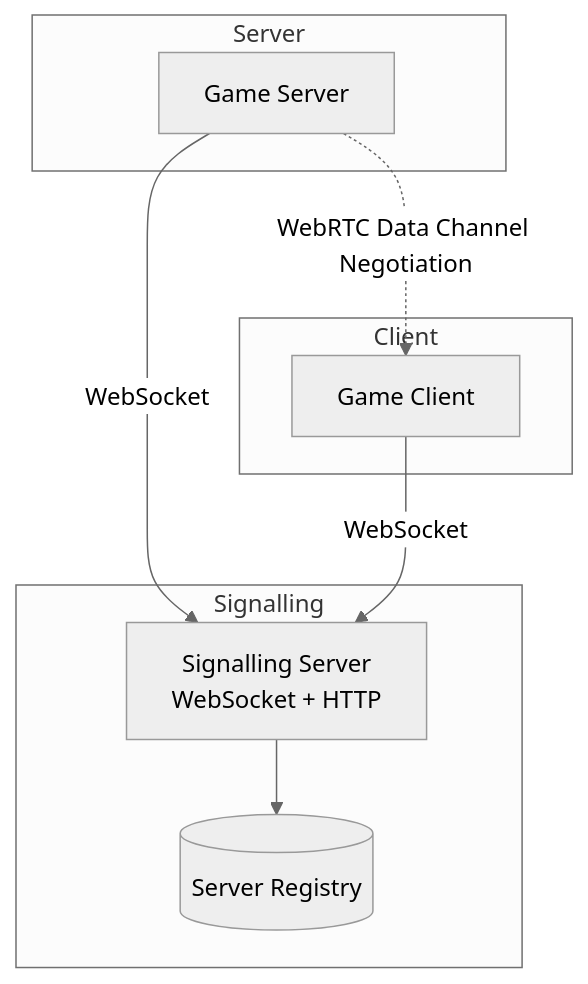
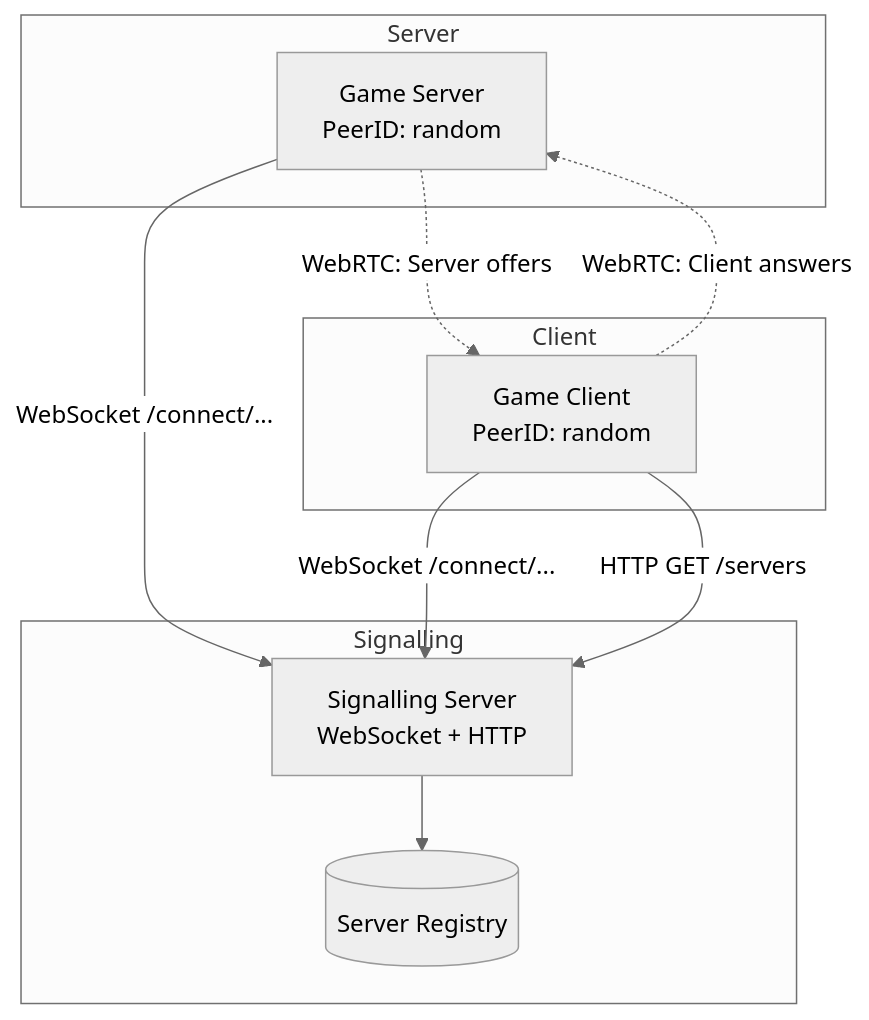
The first of 3 diagrams in docs/signalling.md (briansemrau/io-game-framework), drawn with Mermaid (neutral theme) before and after one commit. The commit also changed other lines of this file and 1 other file, not shown here.

````diff
--- a/docs/signalling.md
+++ b/docs/signalling.md
@@ -16,20 +16,22 @@
 ```mermaid
 graph TD
     subgraph Server
-        GS[Game Server]
+        GS[Game Server<br/>PeerID: random]
     end
 
     subgraph Client
-        C[Game Client]
+        C[Game Client<br/>PeerID: random]
     end
 
     subgraph Signalling
         S[Signalling Server<br/>WebSocket + HTTP]
         SR[(Server Registry)]
     end
 
-    GS -->|WebSocket| S
-    C -->|WebSocket| S
+    GS -->|WebSocket /connect/...| S
+    C -->|WebSocket /connect/...| S
+    C -->|HTTP GET /servers| S
     S --> SR
-    GS -.->|WebRTC Data Channel Negotiation| C
+    GS -.->|WebRTC: Server offers| C
+    C -.->|WebRTC: Client answers| GS
 ```
````
